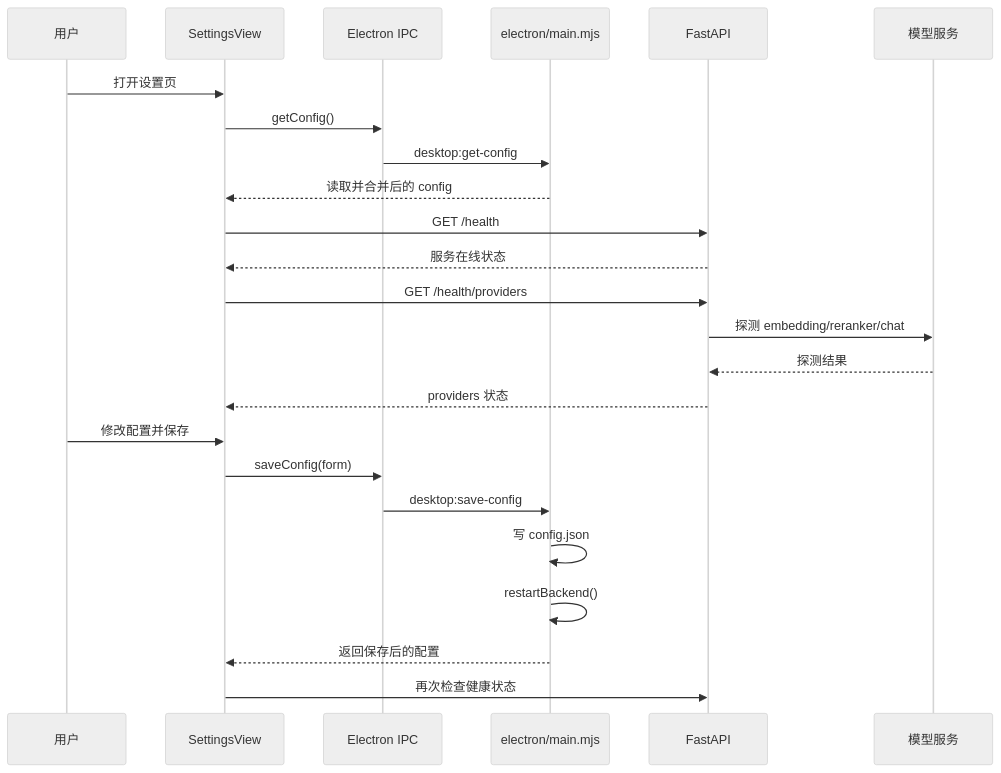
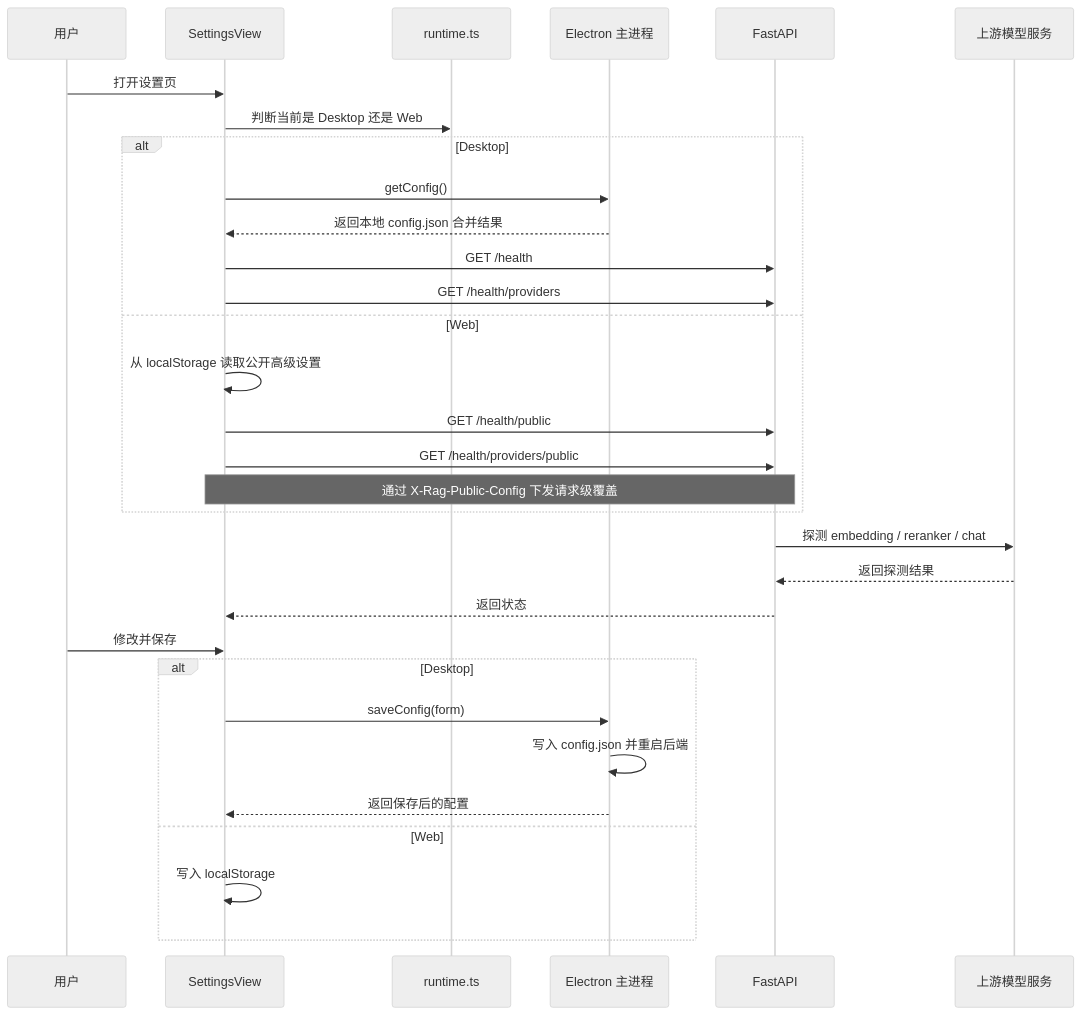
Before and after one commit to emotion-exit/rag-agent: the second of 7 diagrams in docs/项目执行流程分析.md, drawn with Mermaid (neutral theme). The commit also changed other lines of this file and 3 other files, not shown here.

````diff
--- a/docs/项目执行流程分析.md
+++ b/docs/项目执行流程分析.md
@@ -104,30 +101,37 @@
 ```mermaid
 sequenceDiagram
     participant User as 用户
     participant FE as SettingsView
-    participant IPC as Electron IPC
-    participant Main as electron/main.mjs
+    participant Runtime as runtime.ts
+    participant Main as Electron 主进程
     participant API as FastAPI
-    participant Upstream as 模型服务
+    participant Upstream as 上游模型服务
 
     User->>FE: 打开设置页
-    FE->>IPC: getConfig()
-    IPC->>Main: desktop:get-config
-    Main-->>FE: 读取并合并后的 config
+    FE->>Runtime: 判断当前是 Desktop 还是 Web
 
-    FE->>API: GET /health
-    API-->>FE: 服务在线状态
+    alt Desktop
+      FE->>Main: getConfig()
+      Main-->>FE: 返回本地 config.json 合并结果
+      FE->>API: GET /health
+      FE->>API: GET /health/providers
+    else Web
+      FE->>FE: 从 localStorage 读取公开高级设置
+      FE->>API: GET /health/public
+      FE->>API: GET /health/providers/public
+      Note over FE,API: 通过 X-Rag-Public-Config 下发请求级覆盖
+    end
 
-    FE->>API: GET /health/providers
-    API->>Upstream: 探测 embedding/reranker/chat
-    Upstream-->>API: 探测结果
-    API-->>FE: providers 状态
+    API->>Upstream: 探测 embedding / reranker / chat
+    Upstream-->>API: 返回探测结果
+    API-->>FE: 返回状态
 
-    User->>FE: 修改配置并保存
-    FE->>IPC: saveConfig(form)
-    IPC->>Main: desktop:save-config
-    Main->>Main: 写 config.json
-    Main->>Main: restartBackend()
-    Main-->>FE: 返回保存后的配置
-    FE->>API: 再次检查健康状态
+    User->>FE: 修改并保存
+    alt Desktop
+      FE->>Main: saveConfig(form)
+      Main->>Main: 写入 config.json 并重启后端
+      Main-->>FE: 返回保存后的配置
+    else Web
+      FE->>FE: 写入 localStorage
+    end
 ```
````
